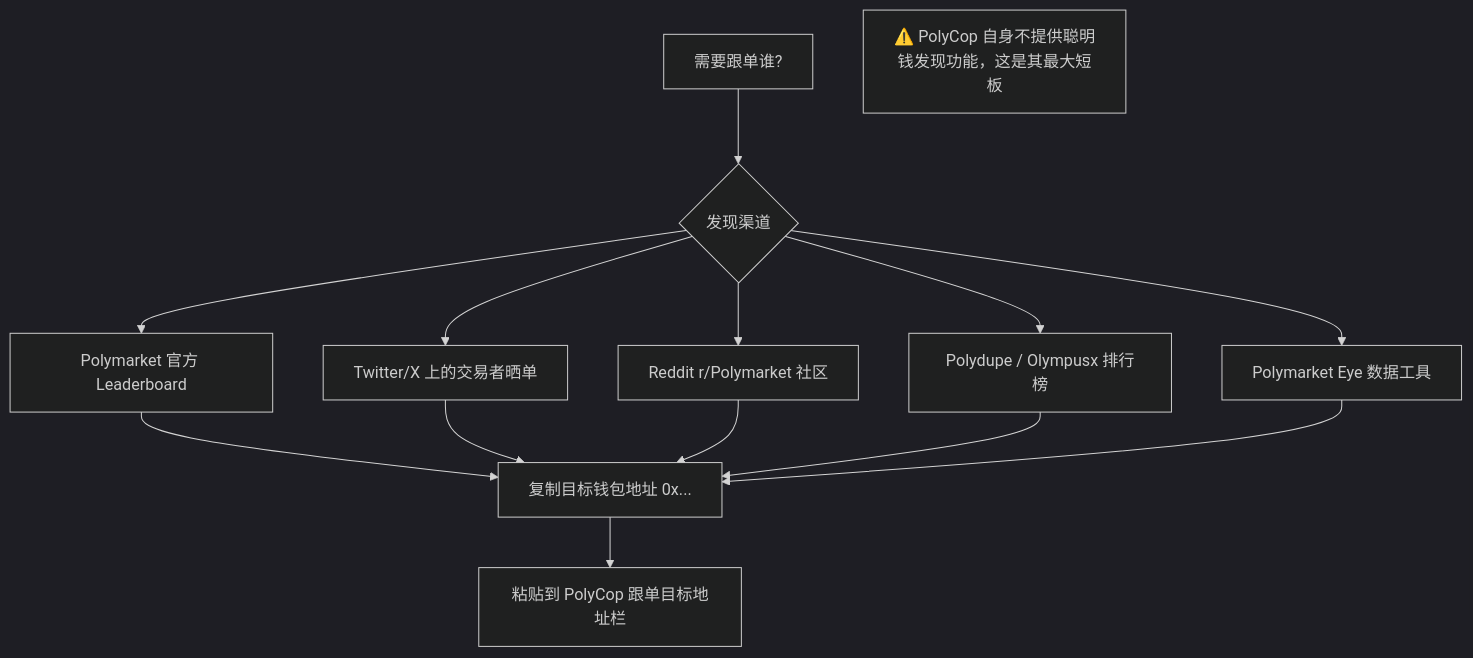
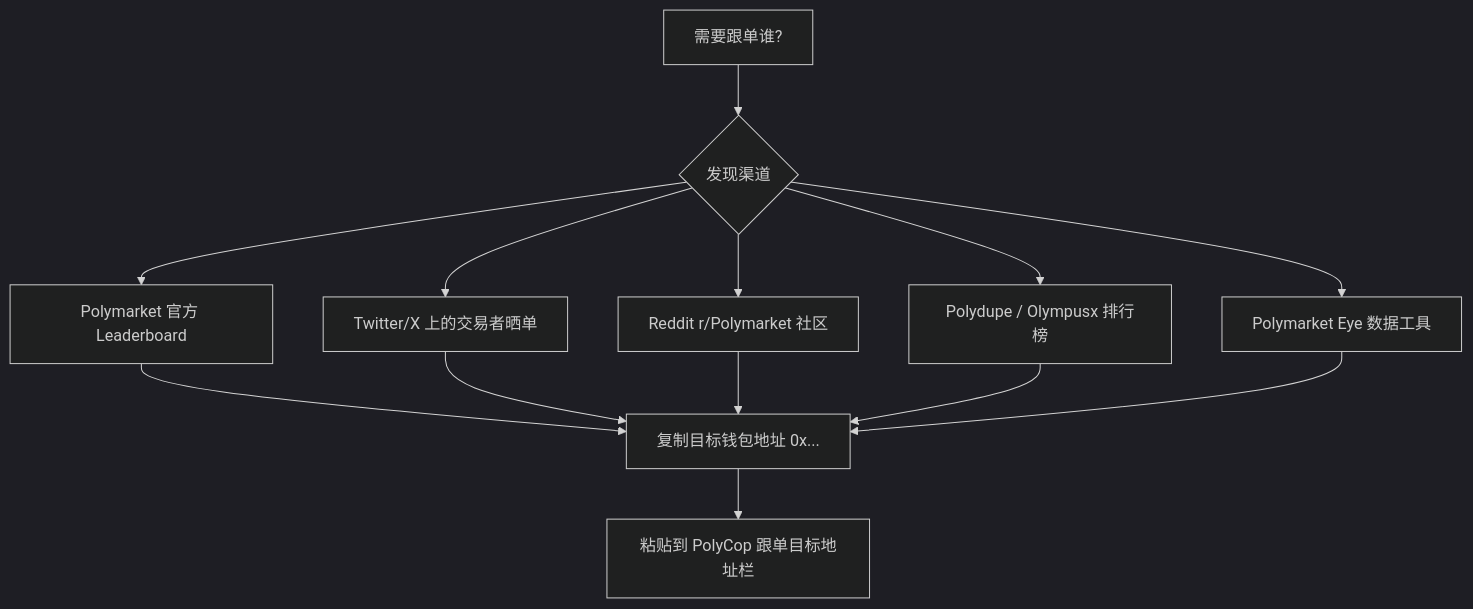
The third of 13 diagrams in research/02_polycop/analysis.md (survivorff/polymarket_research), drawn with Mermaid (dark theme) before and after one commit. The commit also changed other lines of this file and 11 other files, not shown here.

First line of the commit message:
修复所有 Mermaid 语法错误，确保流程图可正常渲染

````diff
--- a/research/02_polycop/analysis.md
+++ b/research/02_polycop/analysis.md
@@ -82,16 +82,16 @@
 ```mermaid
 flowchart TD
     A[需要跟单谁?] --> B{发现渠道}
     B --> B1[Polymarket 官方 Leaderboard]
     B --> B2[Twitter/X 上的交易者晒单]
     B --> B3[Reddit r/Polymarket 社区]
     B --> B4[Polydupe / Olympusx 排行榜]
     B --> B5[Polymarket Eye 数据工具]
     B1 --> C[复制目标钱包地址 0x...]
     B2 --> C
     B3 --> C
     B4 --> C
     B5 --> C
     C --> D[粘贴到 PolyCop 跟单目标地址栏]
-    note1[⚠️ PolyCop 自身不提供聪明钱发现功能，这是其最大短板]
+    %% 注: ⚠️ PolyCop 自身不提供聪明钱发现功能，这是其最大短板
 ```
````
